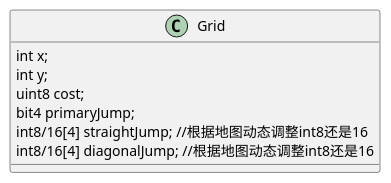
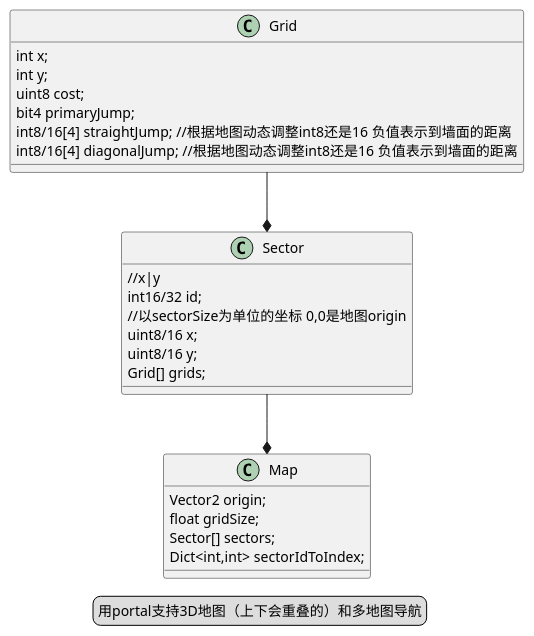
Before and after one commit to viGer-CN/Tile-Based-Search: the diagram in Assets/UML/JPS+/Classes.puml, drawn with PlantUML.

```diff
--- a/Assets/UML/JPS+/Classes.puml
+++ b/Assets/UML/JPS+/Classes.puml
@@ -1,15 +1,33 @@
 @startuml
 'https://plantuml.com/class-diagram
 
 class Grid{
     int x;
     int y;
     uint8 cost;
     bit4 primaryJump;
-    int8/16[4] straightJump; //根据地图动态调整int8还是16
-    int8/16[4] diagonalJump; //根据地图动态调整int8还是16
-    
+    int8/16[4] straightJump; //根据地图动态调整int8还是16 负值表示到墙面的距离
+    int8/16[4] diagonalJump; //根据地图动态调整int8还是16 负值表示到墙面的距离
+}
+Grid --*Sector
+
+class Sector{
+    //x|y
+    int16/32 id; 
+    //以sectorSize为单位的坐标 0,0是地图origin
+    uint8/16 x; 
+    uint8/16 y;
+    Grid[] grids;
+}
+Sector --*Map
+
+class Map{
+    Vector2 origin;
+    float gridSize;
+    Sector[] sectors;
+    Dict<int,int> sectorIdToIndex;
 }
 
+legend 用portal支持3D地图（上下会重叠的）和多地图导航
 
 @enduml
```
